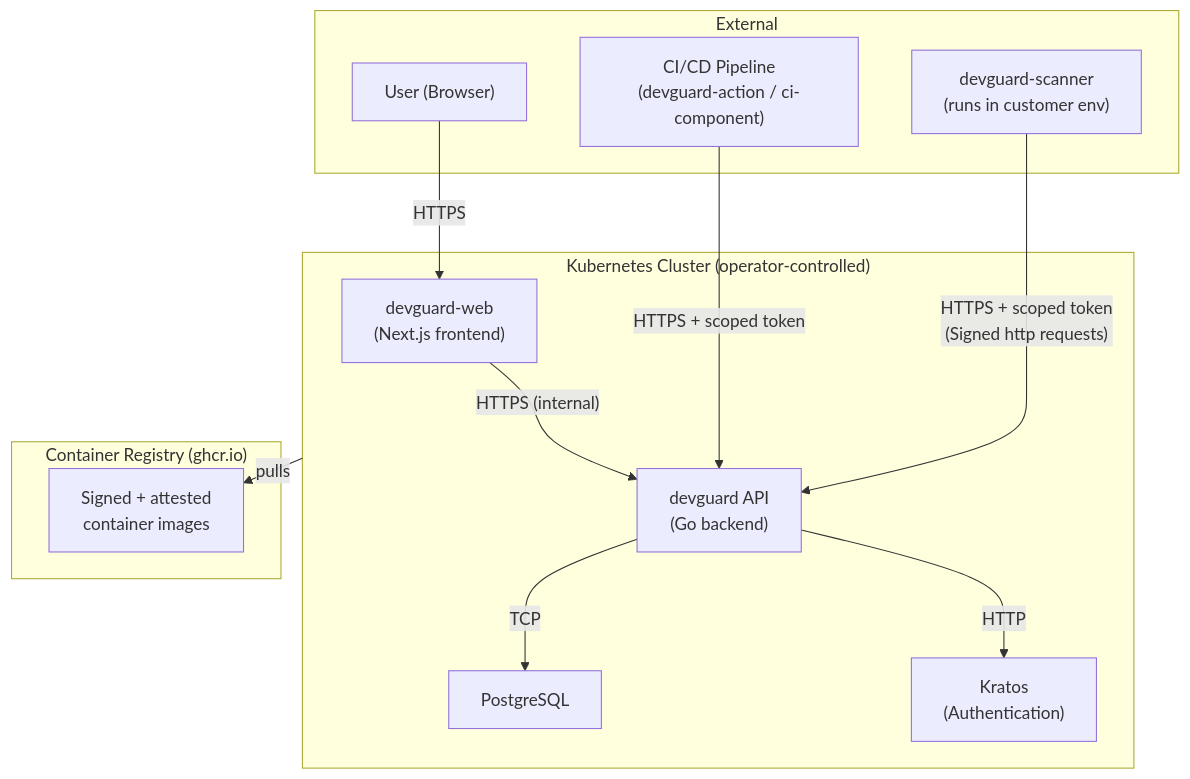
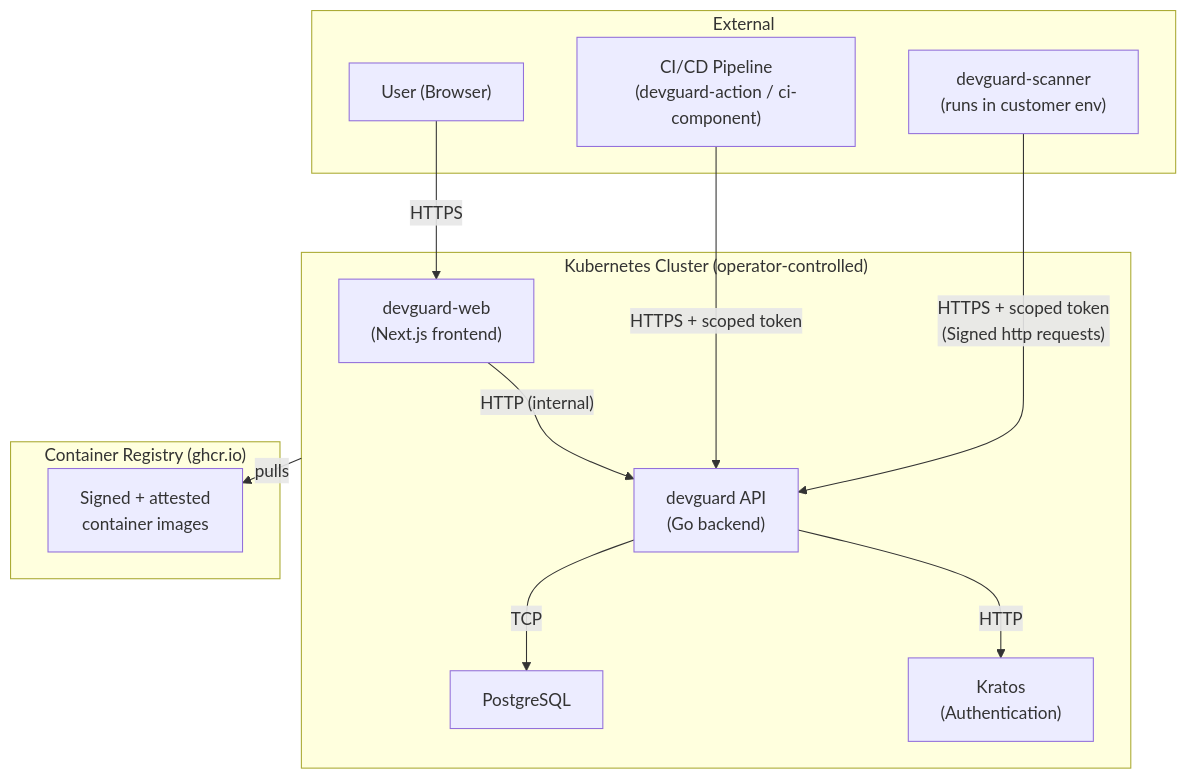
One commit to l3montree-dev/devguard-helm-chart changed the diagram in .compliance/THREAT_MODEL.md. Above: the diagram before and after it, drawn with Mermaid. The commit also changed other lines of this file and 16 other files, not shown here.

````diff
--- a/.compliance/THREAT_MODEL.md
+++ b/.compliance/THREAT_MODEL.md
@@ -15,27 +81,27 @@
 ```mermaid
 flowchart TB
     subgraph external ["External"]
         User["User (Browser)"]
         CI["CI/CD Pipeline<br/>(devguard-action / ci-component)"]
         Scanner["devguard-scanner<br/>(runs in customer env)"]
     end
 
     subgraph cluster ["Kubernetes Cluster (operator-controlled)"]
         Web["devguard-web<br/>(Next.js frontend)"]
         API["devguard API<br/>(Go backend)"]
         DB["PostgreSQL"]
         Kratos["Kratos<br/>(Authentication)"]
     end
 
     subgraph registry ["Container Registry (ghcr.io)"]
         Images["Signed + attested<br/>container images"]
     end
 
     User -->|"HTTPS"| Web
-    Web -->|"HTTPS (internal)"| API
+    Web -->|"HTTP (internal)"| API
     CI -->|"HTTPS + scoped token"| API
     Scanner -->|"HTTPS + scoped token<br/>(Signed http requests)"| API
     API -->|"TCP"| DB
     API -->|"HTTP"| Kratos
     cluster -->|"pulls"| Images
 ```
````
